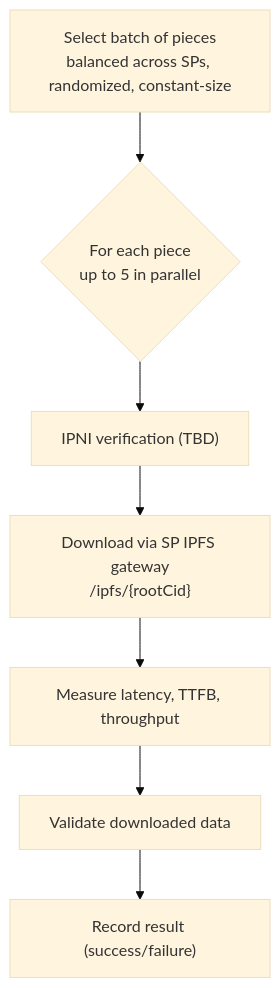
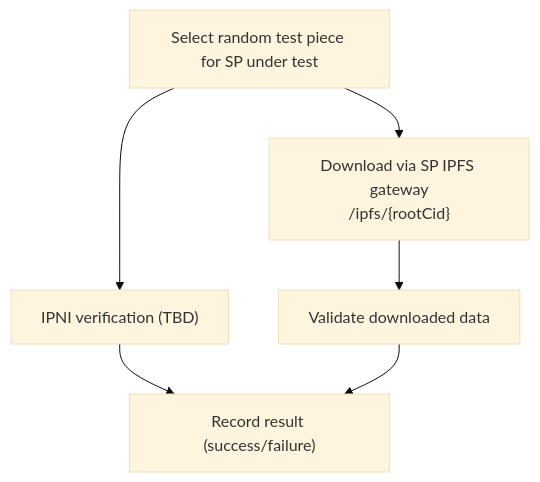
Before and after one commit to FilOzone/dealbot: the diagram in docs/checks/retrievals.md, drawn with Mermaid (base theme). The commit also changed other lines of this file and 4 other files, not shown here.

````diff
--- a/docs/checks/retrievals.md
+++ b/docs/checks/retrievals.md
@@ -37,9 +35,8 @@
 ```mermaid
 flowchart TD
-  A["Select batch of pieces<br/>balanced across SPs, randomized, constant-size"] --> B{"For each piece<br/>up to 5 in parallel"}
-  B --> C["IPNI verification (TBD)"]
-  C --> D["Download via SP IPFS gateway<br/>/ipfs/{rootCid}"]
-  D --> E["Measure latency, TTFB, throughput"]
-  E --> F["Validate downloaded data"]
-  F --> G["Record result (success/failure)"]
+  SelectPiece["Select random test piece for SP under test"] --> IPNIVerify["IPNI verification (TBD)"]
+  IPNIVerify --> RecordResult["Record result (success/failure)"]
+  SelectPiece --> DownloadPiece["Download via SP IPFS gateway<br/>/ipfs/{rootCid}"]
+  DownloadPiece --> ValidateData["Validate downloaded data"]
+  ValidateData --> RecordResult
 ```
````
